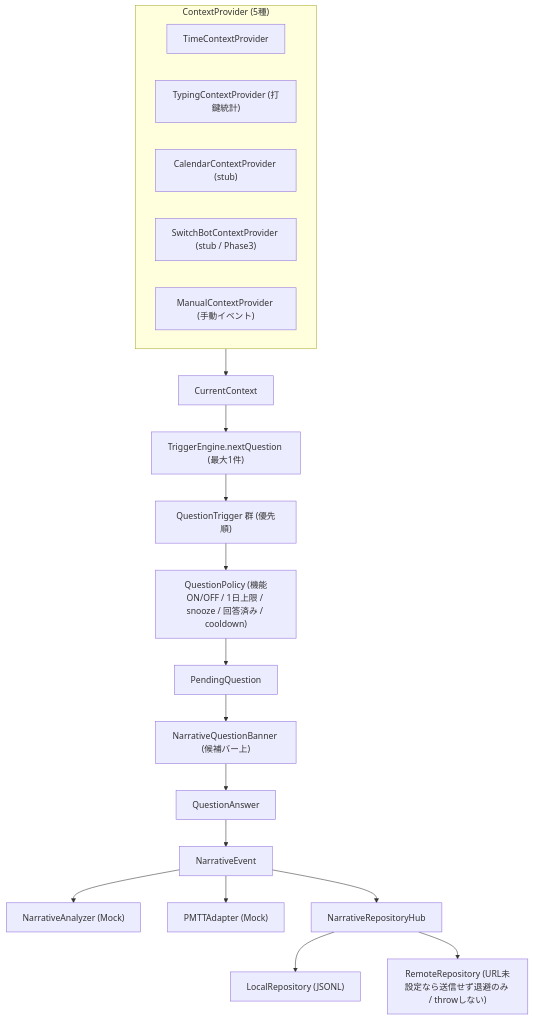
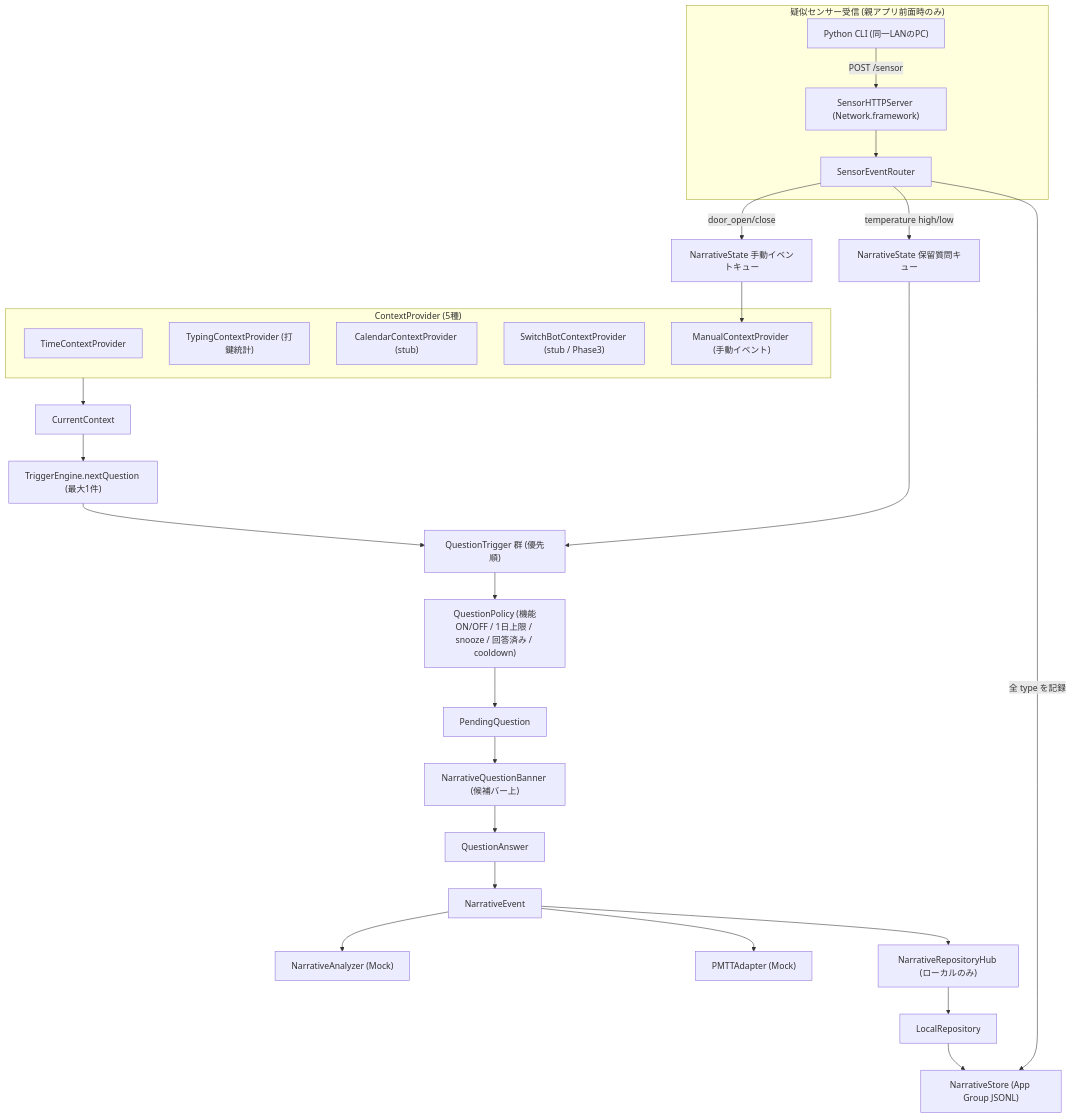
One commit to shunsuke-tanaka-creator/communication-keyboard changed the diagram in docs/architecture.md. Above: the diagram before and after it, drawn with Mermaid. The commit also changed other lines of this file and 37 other files, not shown here.

````diff
--- a/docs/architecture.md
+++ b/docs/architecture.md
@@ -159,23 +161,32 @@
 ```mermaid
 flowchart TD
   subgraph Providers["ContextProvider (5種)"]
     TimeP["TimeContextProvider"]
     TypingP["TypingContextProvider (打鍵統計)"]
     CalP["CalendarContextProvider (stub)"]
     SwP["SwitchBotContextProvider (stub / Phase3)"]
     ManP["ManualContextProvider (手動イベント)"]
   end
   Providers --> Ctx["CurrentContext"]
   Ctx --> Engine["TriggerEngine.nextQuestion (最大1件)"]
   Engine --> Triggers["QuestionTrigger 群 (優先順)"]
   Triggers --> Policy["QuestionPolicy (機能ON/OFF / 1日上限 / snooze / 回答済み / cooldown)"]
   Policy --> Pending["PendingQuestion"]
   Pending --> Banner["NarrativeQuestionBanner (候補バー上)"]
   Banner --> Answer["QuestionAnswer"]
   Answer --> Event["NarrativeEvent"]
   Event --> Analyzer["NarrativeAnalyzer (Mock)"]
   Event --> PMTT["PMTTAdapter (Mock)"]
-  Event --> Hub["NarrativeRepositoryHub"]
-  Hub --> Local["LocalRepository (JSONL)"]
-  Hub --> Remote["RemoteRepository (URL未設定なら送信せず退避のみ / throwしない)"]
+  Event --> Hub["NarrativeRepositoryHub (ローカルのみ)"]
+  Hub --> Local["LocalRepository"]
+  Local --> Store["NarrativeStore (App Group JSONL)"]
+  subgraph SensorPath["疑似センサー受信 (親アプリ前面時のみ)"]
+    Py["Python CLI (同一LANのPC)"] -->|"POST /sensor"| Srv["SensorHTTPServer (Network.framework)"]
+    Srv --> Router["SensorEventRouter"]
+  end
+  Router -->|"door_open/close"| MQueue["NarrativeState 手動イベントキュー"]
+  Router -->|"temperature high/low"| PQueue["NarrativeState 保留質問キュー"]
+  Router -->|"全 type を記録"| Store
+  MQueue --> ManP
+  PQueue --> Triggers
 ```
````
